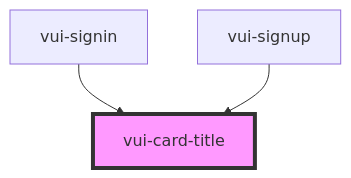
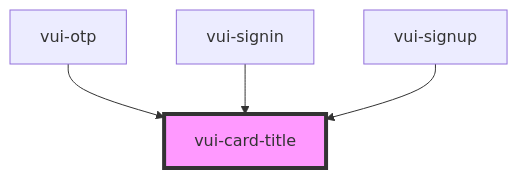
Before and after one commit to verite-team/verite-elements: the diagram in packages/stencil-library/src/components/card/readme.md, drawn with Mermaid. The commit also changed other lines of this file and 25 other files, not shown here.

````diff
--- a/packages/stencil-library/src/components/card/readme.md
+++ b/packages/stencil-library/src/components/card/readme.md
@@ -30,6 +31,7 @@
 ```mermaid
 graph TD;
+  vui-otp --> vui-card-title
   vui-signin --> vui-card-title
   vui-signup --> vui-card-title
   style vui-card-title fill:#f9f,stroke:#333,stroke-width:4px
 ```
````
